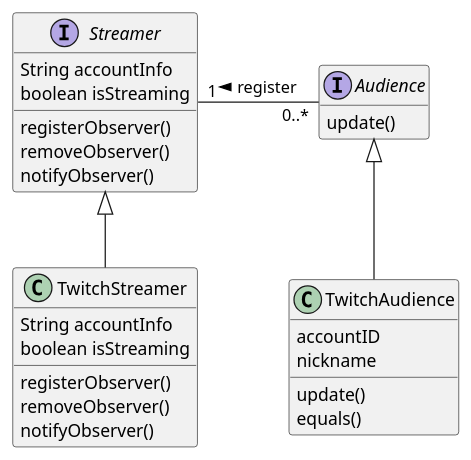
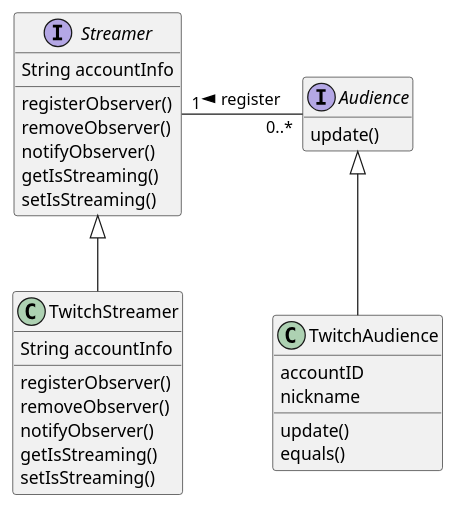
The diagram in ObserverPattern/example.puml (gama79530/DesignPattern), drawn with PlantUML before and after one commit. The commit also changed 35 other files, not shown here.

```diff
--- a/ObserverPattern/example.puml
+++ b/ObserverPattern/example.puml
@@ -1,37 +1,39 @@
 @startuml example
 hide empty members
 
 
 interface Streamer{
     String accountInfo
-    boolean isStreaming
     registerObserver()
     removeObserver()
     notifyObserver()
+    getIsStreaming()
+    setIsStreaming()
 }
 
 interface Audience{
     update()
 }
 
 class TwitchStreamer{
     String accountInfo
-    boolean isStreaming
     registerObserver()
     removeObserver()
     notifyObserver()
+    getIsStreaming()
+    setIsStreaming()
 }
 
 class TwitchAudience{
     accountID
     nickname
     update()
     equals()
 }
 
 Streamer <|-- TwitchStreamer
 Audience <|-- TwitchAudience
 
 Streamer "1" - "0..*" Audience : < register 
 
 @enduml
```
